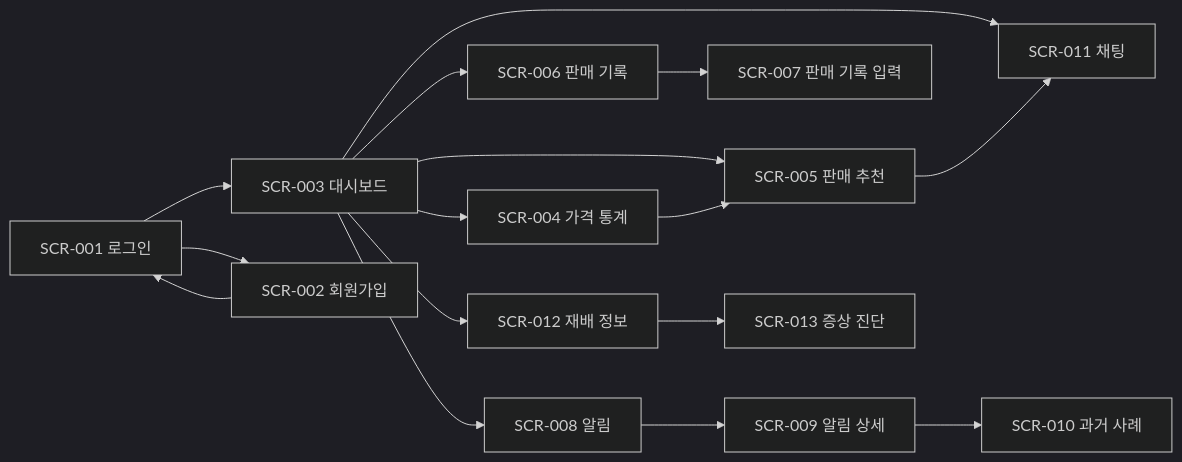
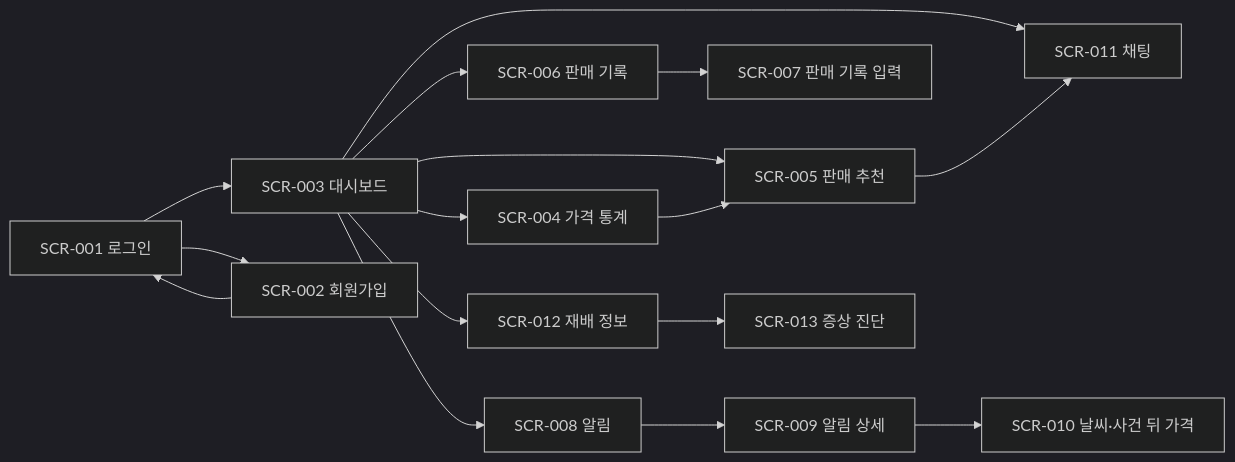
One commit to sheep1008/farmit changed the diagram in docs/screens.md. Above: the diagram before and after it, drawn with Mermaid (dark theme). The commit also changed other lines of this file and 10 other files, not shown here.

````diff
--- a/docs/screens.md
+++ b/docs/screens.md
@@ -18,20 +18,20 @@
 ```mermaid
 flowchart LR
   로그인[SCR-001 로그인] --> 대시보드
   로그인 --> 회원가입[SCR-002 회원가입] --> 로그인
   대시보드[SCR-003 대시보드]
 
   대시보드 --> 가격[SCR-004 가격 통계]
   대시보드 --> 추천[SCR-005 판매 추천]
   대시보드 --> 기록[SCR-006 판매 기록]
   대시보드 --> 알림[SCR-008 알림]
   대시보드 --> 채팅[SCR-011 채팅]
   대시보드 --> 재배[SCR-012 재배 정보]
 
   기록 --> 기록입력[SCR-007 판매 기록 입력]
   알림 --> 알림상세[SCR-009 알림 상세]
-  알림상세 --> 사례[SCR-010 과거 사례]
+  알림상세 --> 사례[SCR-010 날씨·사건 뒤 가격]
   재배 --> 진단[SCR-013 증상 진단]
   추천 --> 채팅
   가격 --> 추천
 ```
````
